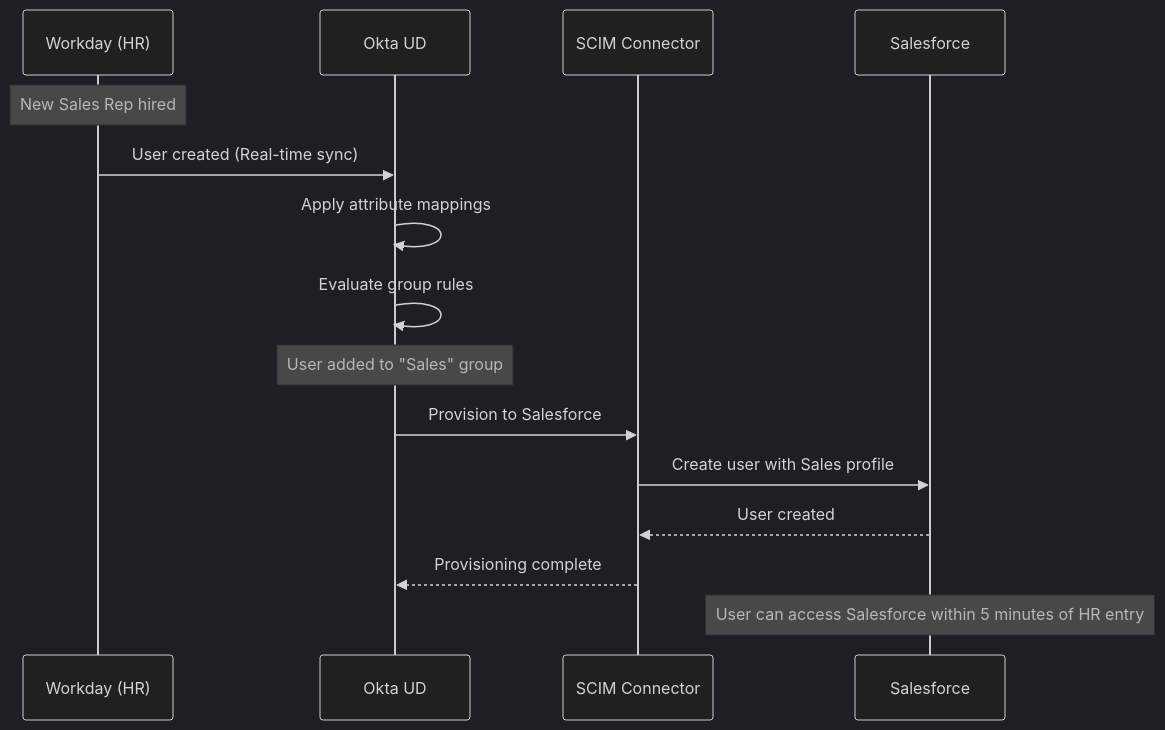
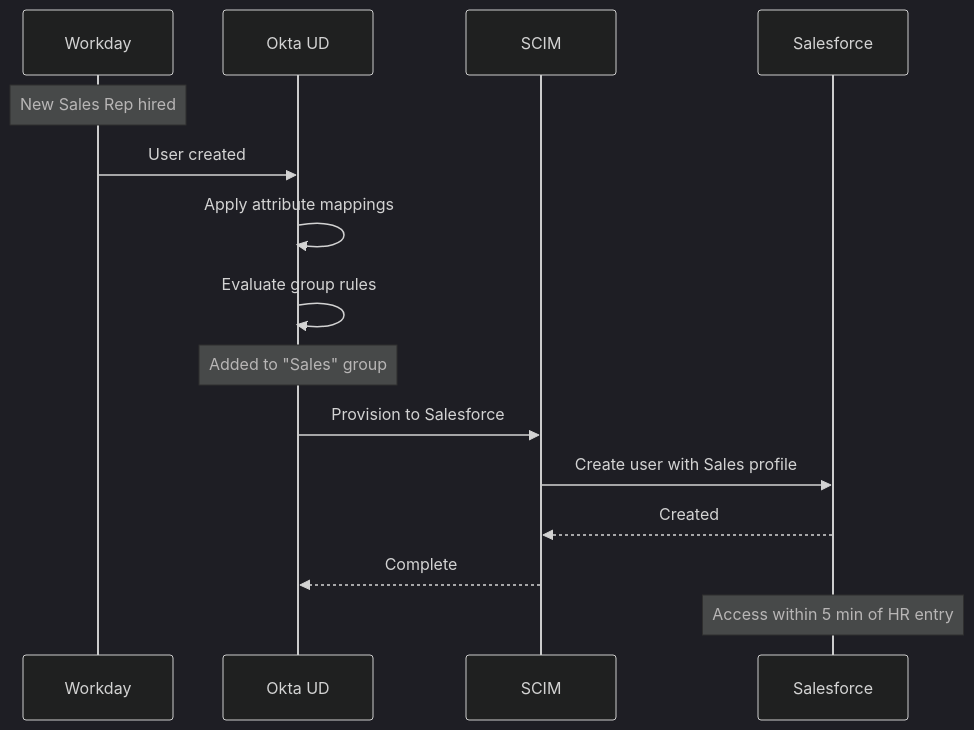
Before and after one commit to udaytamma/Cyrus: diagram 11 of 11 in gemini-responses/iam-okta.md, drawn with Mermaid (dark theme). The commit also changed other lines of this file and 8 other files, not shown here.

````diff
--- a/gemini-responses/iam-okta.md
+++ b/gemini-responses/iam-okta.md
@@ -620,21 +539,21 @@
 ```mermaid
 sequenceDiagram
-    participant HR as Workday (HR)
+    participant HR as Workday
     participant Okta as Okta UD
-    participant SCIM as SCIM Connector
+    participant SCIM as SCIM
     participant SF as Salesforce
 
     Note over HR: New Sales Rep hired
 
-    HR->>Okta: User created (Real-time sync)
+    HR->>Okta: User created
     Okta->>Okta: Apply attribute mappings
     Okta->>Okta: Evaluate group rules
-    Note over Okta: User added to "Sales" group
+    Note over Okta: Added to "Sales" group
 
     Okta->>SCIM: Provision to Salesforce
     SCIM->>SF: Create user with Sales profile
-    SF-->>SCIM: User created
-    SCIM-->>Okta: Provisioning complete
+    SF-->>SCIM: Created
+    SCIM-->>Okta: Complete
 
-    Note over SF: User can access Salesforce within 5 minutes of HR entry
+    Note over SF: Access within 5 min of HR entry
 ```
````
